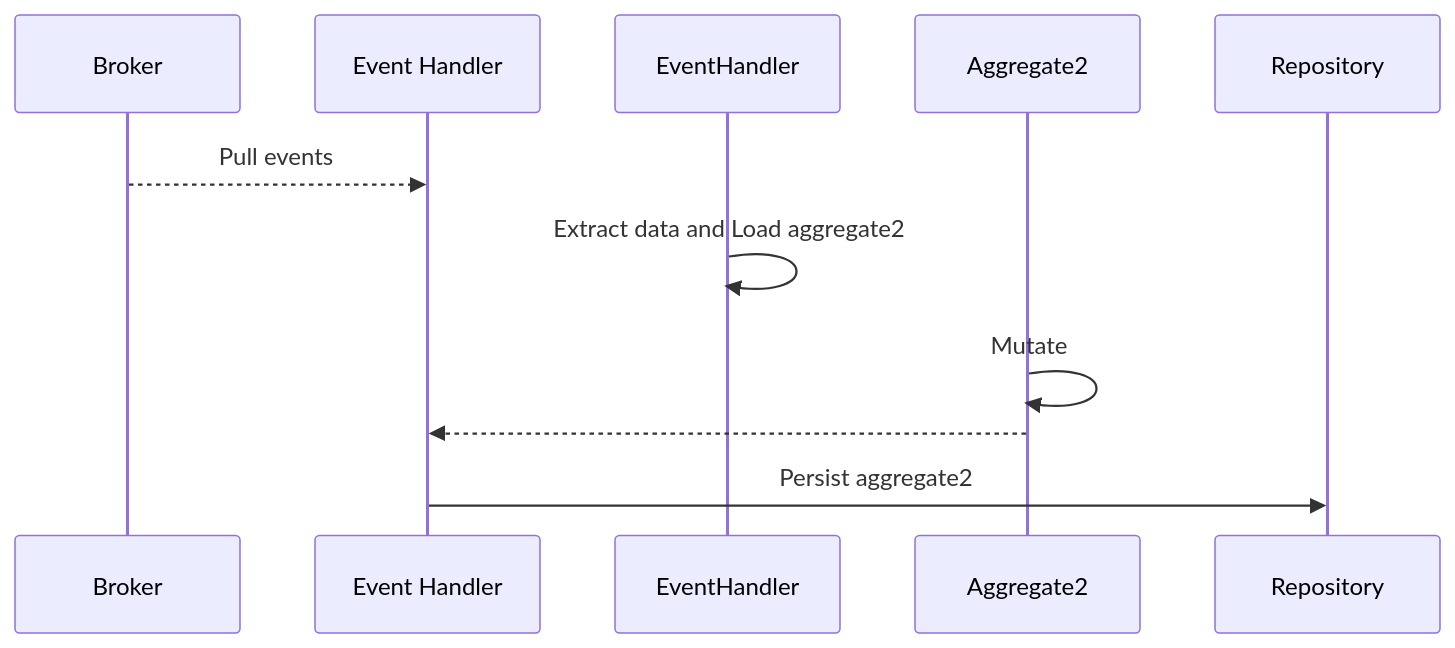
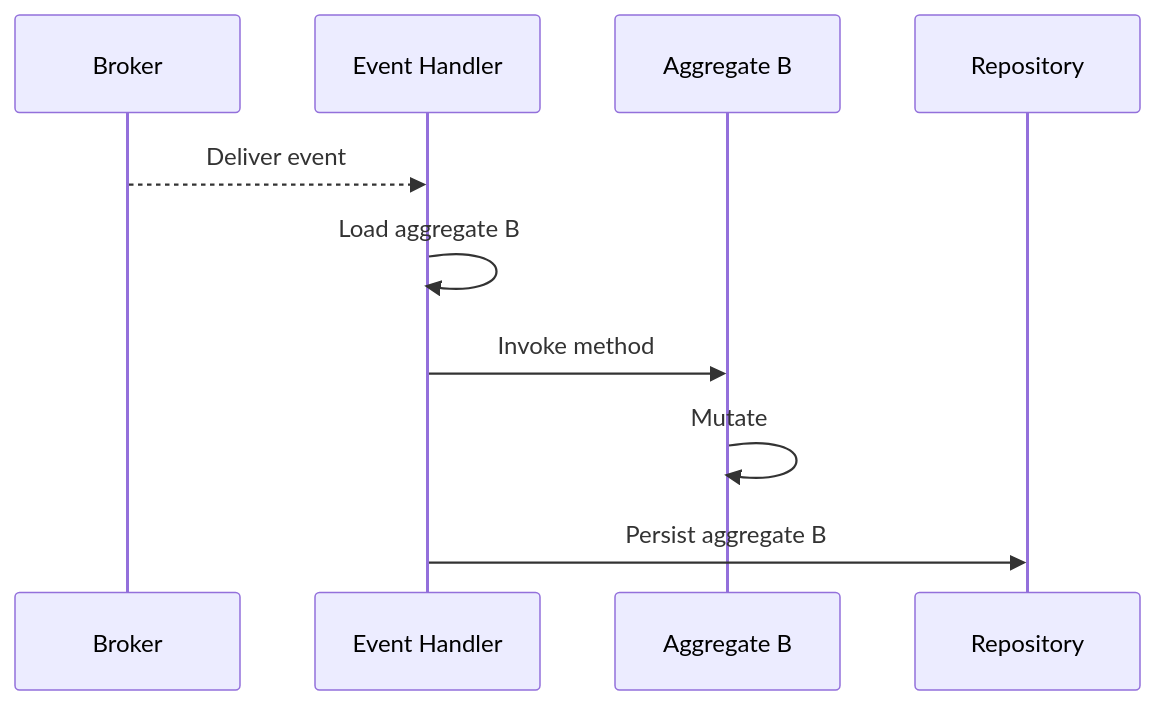
One commit to proteanhq/protean changed the third of 3 diagrams in docs/guides/change-state/unit-of-work.md. Above: the diagram before and after it, drawn with Mermaid. The commit also changed other lines of this file and 10 other files, not shown here.

````diff
--- a/docs/guides/change-state/unit-of-work.md
+++ b/docs/guides/change-state/unit-of-work.md
@@ -81,8 +208,8 @@
 ```mermaid
 sequenceDiagram
-  Broker-->>Event Handler: Pull events
-  EventHandler->>EventHandler: Extract data and Load aggregate2
-  Aggregate2->>Aggregate2: Mutate
-  Aggregate2-->>Event Handler: 
-  Event Handler->>Repository: Persist aggregate2
+  Broker-->>Event Handler: Deliver event
+  Event Handler->>Event Handler: Load aggregate B
+  Event Handler->>Aggregate B: Invoke method
+  Aggregate B->>Aggregate B: Mutate
+  Event Handler->>Repository: Persist aggregate B
 ```
````
